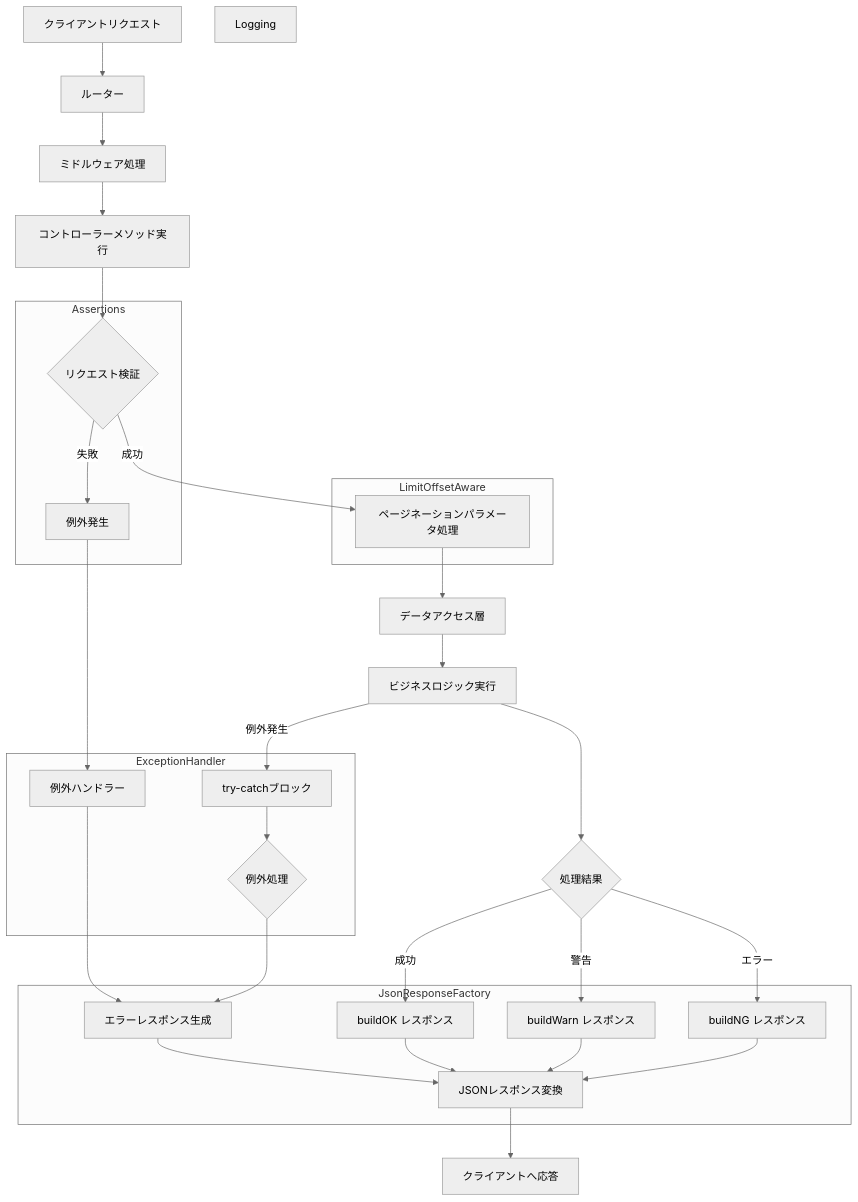
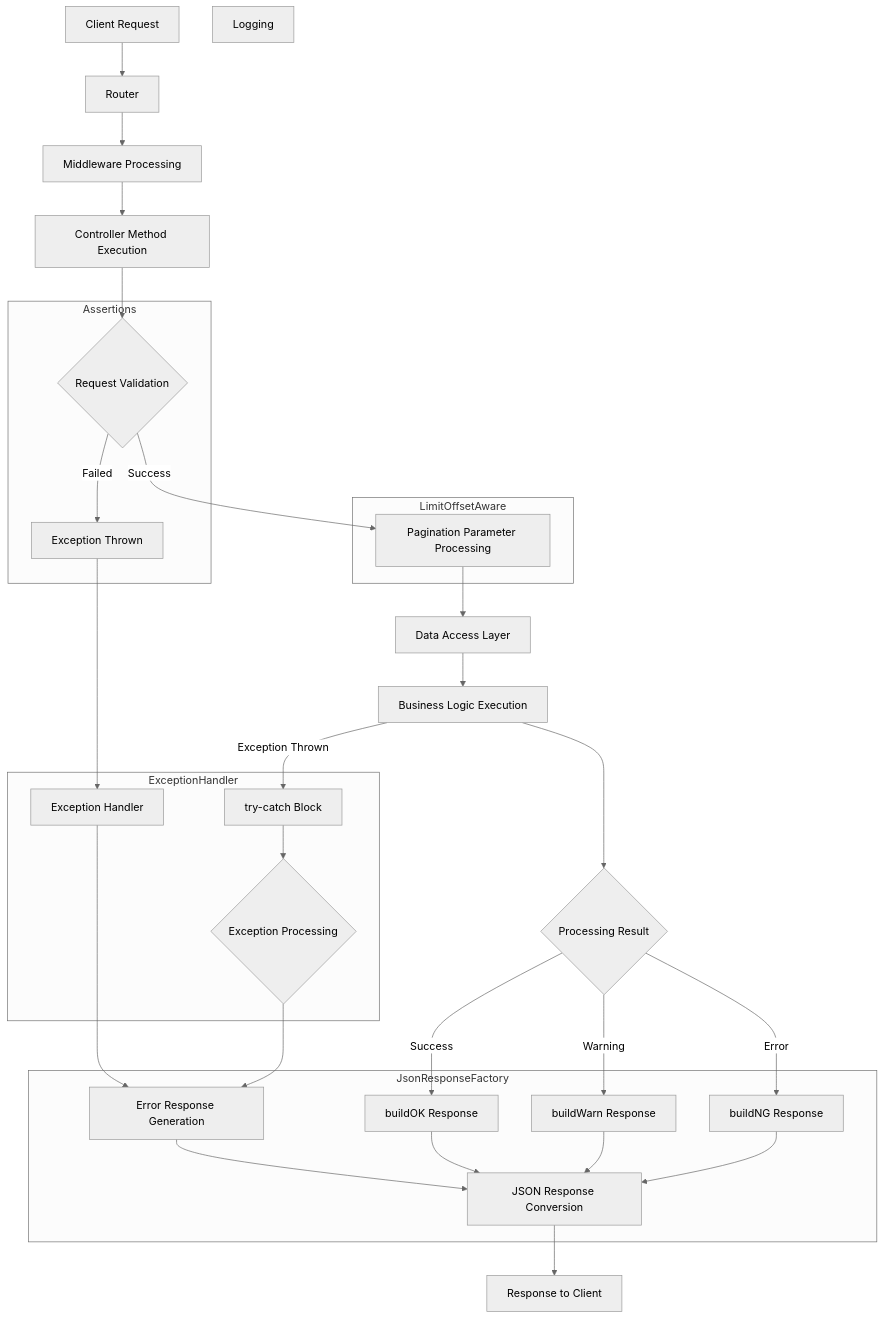
One commit to tqcuong-it/docs changed the diagram in README.md. Above: the diagram before and after it, drawn with Mermaid (neutral theme).

````diff
--- a/README.md
+++ b/README.md
@@ -23,56 +23,56 @@
 ```mermaid
 flowchart TD
-    A[クライアントリクエスト] --> B[ルーター]
-    B --> C[ミドルウェア処理]
-    C --> D[コントローラーメソッド実行]
+    A[Client Request] --> B[Router]
+    B --> C[Middleware Processing]
+    C --> D[Controller Method Execution]
     
-    D --> E{リクエスト検証}
-    E -->|失敗| F[例外発生]
-    F --> G[例外ハンドラー]
-    G --> H[エラーレスポンス生成]
+    D --> E{Request Validation}
+    E -->|Failed| F[Exception Thrown]
+    F --> G[Exception Handler]
+    G --> H[Error Response Generation]
     
-    E -->|成功| I[ページネーションパラメータ処理]
-    I --> J[データアクセス層]
-    J --> K[ビジネスロジック実行]
+    E -->|Success| I[Pagination Parameter Processing]
+    I --> J[Data Access Layer]
+    J --> K[Business Logic Execution]
     
-    K -->|例外発生| R[try-catchブロック]
-    R --> S{例外処理}
+    K -->|Exception Thrown| R[try-catch Block]
+    R --> S{Exception Processing}
     S --> H
     
-    K --> L{処理結果}
-    L -->|成功| M[buildOK レスポンス]
-    L -->|警告| N[buildWarn レスポンス]
-    L -->|エラー| O[buildNG レスポンス]
+    K --> L{Processing Result}
+    L -->|Success| M[buildOK Response]
+    L -->|Warning| N[buildWarn Response]
+    L -->|Error| O[buildNG Response]
     
-    M --> P[JSONレスポンス変換]
+    M --> P[JSON Response Conversion]
     N --> P
     O --> P
     H --> P
     
-    P --> Q[クライアントへ応答]
+    P --> Q[Response to Client]
     
     LOG[Logging]
     
     subgraph "LimitOffsetAware"
     I
     end
     
     subgraph "Assertions"
     E
     F
     end
     
     subgraph "ExceptionHandler"
     G
     R
     S
     end
     
     subgraph "JsonResponseFactory"
     M
     N
     O
     H
     P
     end
 ```
````
